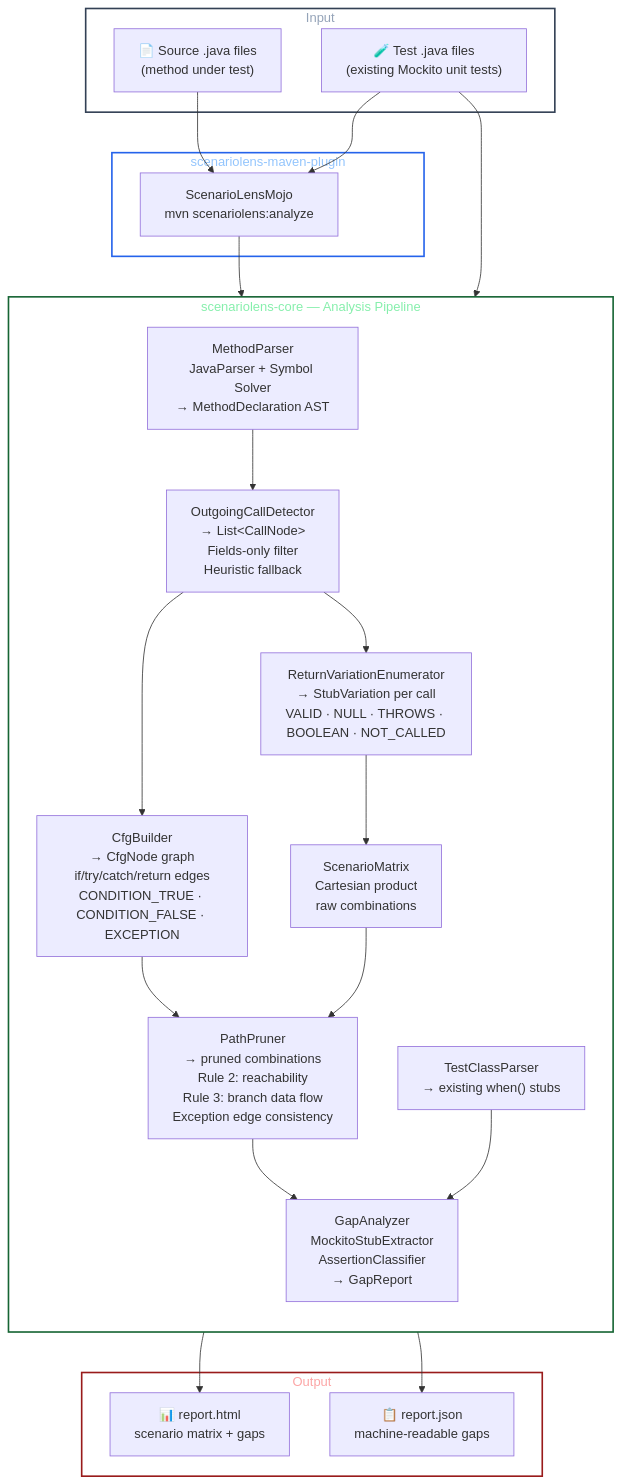
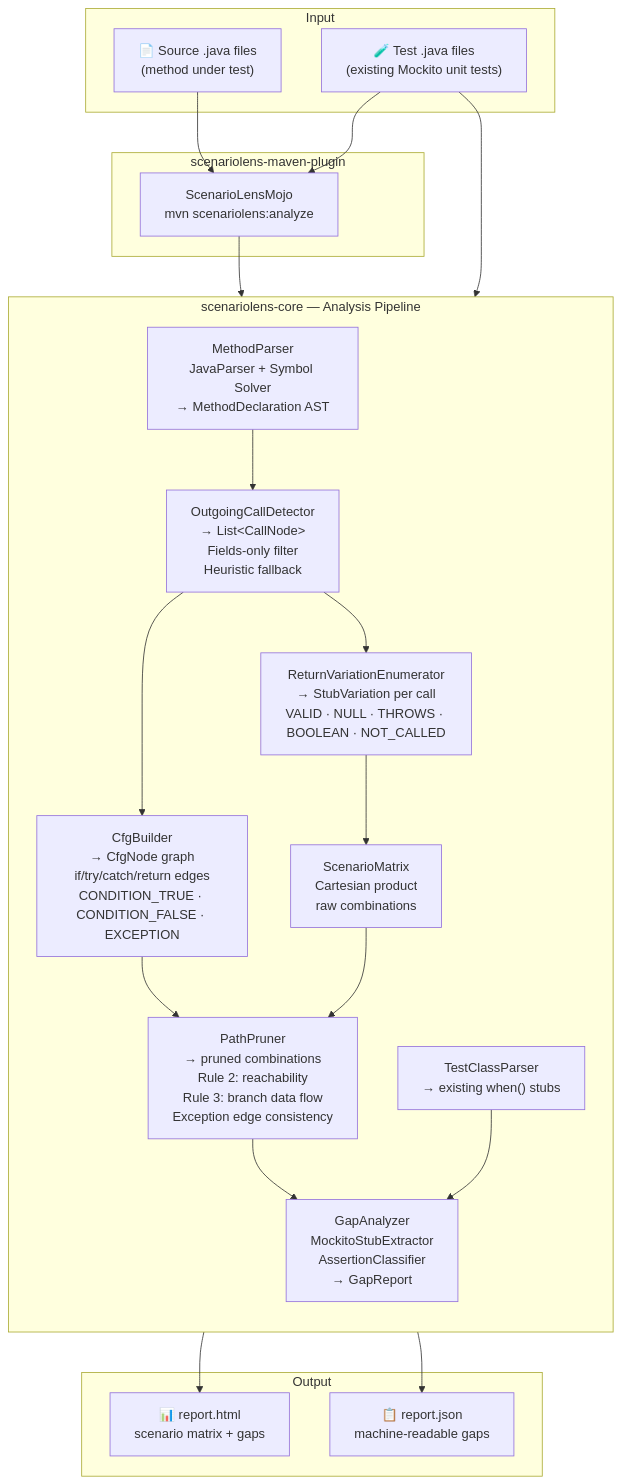
Before and after one commit to scenariolens/scenariolens: the diagram in README.md, drawn with Mermaid. The commit also changed other lines of this file and 12 other files, not shown here.

````diff
--- a/README.md
+++ b/README.md
@@ -34,49 +101,39 @@
 ```mermaid
 flowchart TD
     subgraph INPUT["Input"]
         SRC["📄 Source .java files\n(method under test)"]
         TST["🧪 Test .java files\n(existing Mockito unit tests)"]
     end
-
     subgraph PLUGIN["scenariolens-maven-plugin"]
         MOJO["ScenarioLensMojo\nmvn scenariolens:analyze"]
     end
-
     subgraph CORE["scenariolens-core — Analysis Pipeline"]
         direction TB
-
         MP["MethodParser\nJavaParser + Symbol Solver\n→ MethodDeclaration AST"]
         OCD["OutgoingCallDetector\n→ List&lt;CallNode&gt;\nFields-only filter\nHeuristic fallback"]
         CFG["CfgBuilder\n→ CfgNode graph\nif/try/catch/return edges\nCONDITION_TRUE · CONDITION_FALSE · EXCEPTION"]
         RVE["ReturnVariationEnumerator\n→ StubVariation per call\nVALID · NULL · THROWS · BOOLEAN · NOT_CALLED"]
         CP["ScenarioMatrix\nCartesian product\nraw combinations"]
         PP["PathPruner\n→ pruned combinations\nRule 2: reachability\nRule 3: branch data flow\nException edge consistency"]
         GA["GapAnalyzer\nMockitoStubExtractor\nAssertionClassifier\n→ GapReport"]
         TCP["TestClassParser\n→ existing when() stubs"]
     end
-
     subgraph OUTPUT["Output"]
         HTML["📊 report.html\nscenario matrix + gaps"]
         JSON["📋 report.json\nmachine-readable gaps"]
     end
-
     SRC --> MOJO
     TST --> MOJO
     MOJO --> MP
     MP --> OCD
     OCD --> CFG
     OCD --> RVE
     CFG --> PP
     RVE --> CP
     CP --> PP
     PP --> GA
     TST --> TCP
     TCP --> GA
     GA --> HTML
     GA --> JSON
-
-    style INPUT fill:none,stroke:#334155,stroke-width:2px,color:#94a3b8
-    style PLUGIN fill:none,stroke:#2563eb,stroke-width:2px,color:#93c5fd
-    style CORE fill:none,stroke:#166534,stroke-width:2px,color:#86efac
-    style OUTPUT fill:none,stroke:#991b1b,stroke-width:2px,color:#fca5a5
 ```
````
